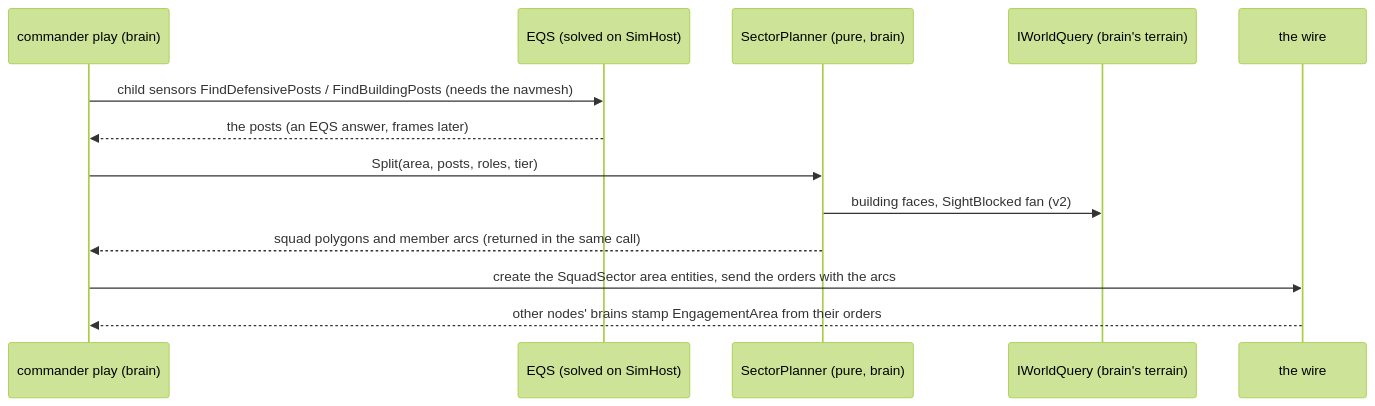
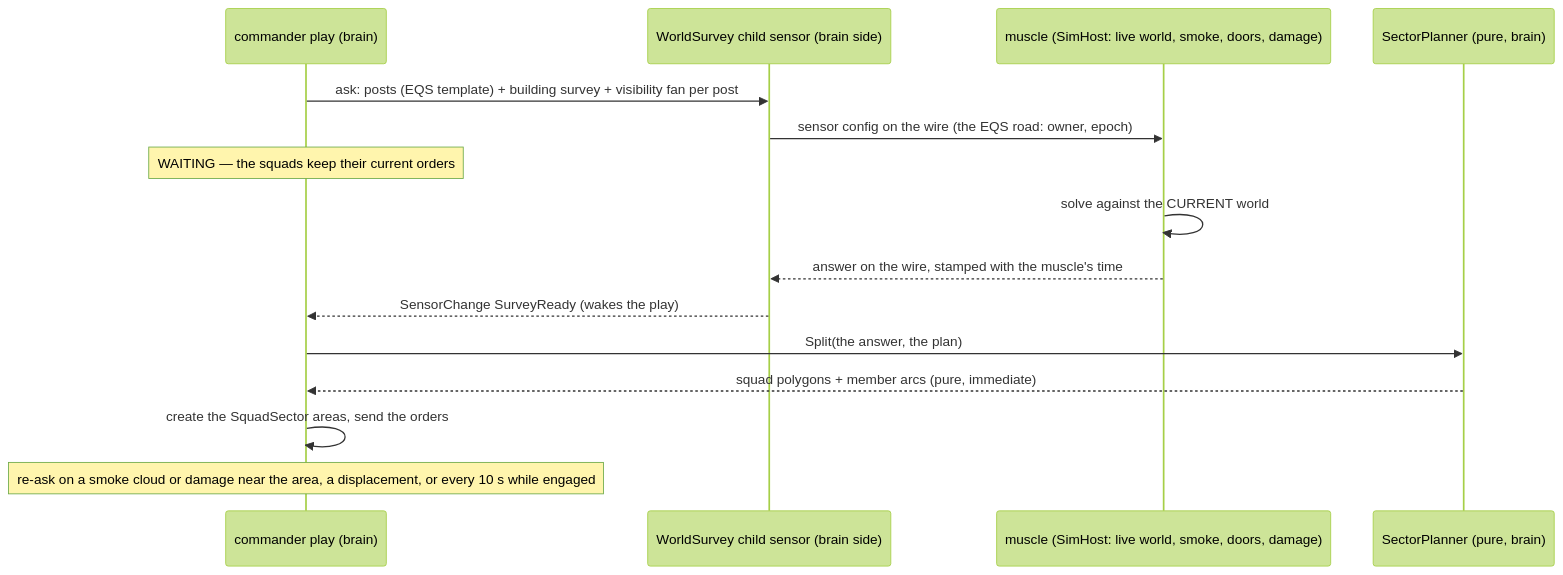
The ninth of 10 diagrams in docs/designs/group-maneuvers/DESIGN_Defend_And_Attack_Position.md (pjanec/HROT), drawn with Mermaid (forest theme) before and after one commit. The commit also changed other lines of this file and 6 other files, not shown here.

First line of the commit message:
docs(behaviors): R-2037 the brain never reads world geometry; §13b rewritten as ask-wait-decide with a WorldSurvey sensor

````diff
--- a/docs/designs/group-maneuvers/DESIGN_Defend_And_Attack_Position.md
+++ b/docs/designs/group-maneuvers/DESIGN_Defend_And_Attack_Position.md
@@ -457,15 +468,17 @@
 ```mermaid
 sequenceDiagram
   participant C as commander play (brain)
-  participant E as EQS (solved on SimHost)
+  participant S as WorldSurvey child sensor (brain side)
+  participant M as muscle (SimHost: live world, smoke, doors, damage)
   participant P as SectorPlanner (pure, brain)
-  participant W as IWorldQuery (brain's terrain)
-  participant N as the wire
-  C->>E: child sensors FindDefensivePosts / FindBuildingPosts (needs the navmesh)
-  E-->>C: the posts (an EQS answer, frames later)
-  C->>P: Split(area, posts, roles, tier)
-  P->>W: building faces, SightBlocked fan (v2)
-  P-->>C: squad polygons and member arcs (returned in the same call)
-  C->>N: create the SquadSector area entities, send the orders with the arcs
-  N-->>C: other nodes' brains stamp EngagementArea from their orders
+  C->>S: ask: posts (EQS template) + building survey + visibility fan per post
+  S->>M: sensor config on the wire (the EQS road: owner, epoch)
+  Note over C: WAITING — the squads keep their current orders
+  M->>M: solve against the CURRENT world
+  M-->>S: answer on the wire, stamped with the muscle's time
+  S-->>C: SensorChange SurveyReady (wakes the play)
+  C->>P: Split(the answer, the plan)
+  P-->>C: squad polygons + member arcs (pure, immediate)
+  C->>C: create the SquadSector areas, send the orders
+  Note over C: re-ask on a smoke cloud or damage near the area, a displacement, or every 10 s while engaged
 ```
````
